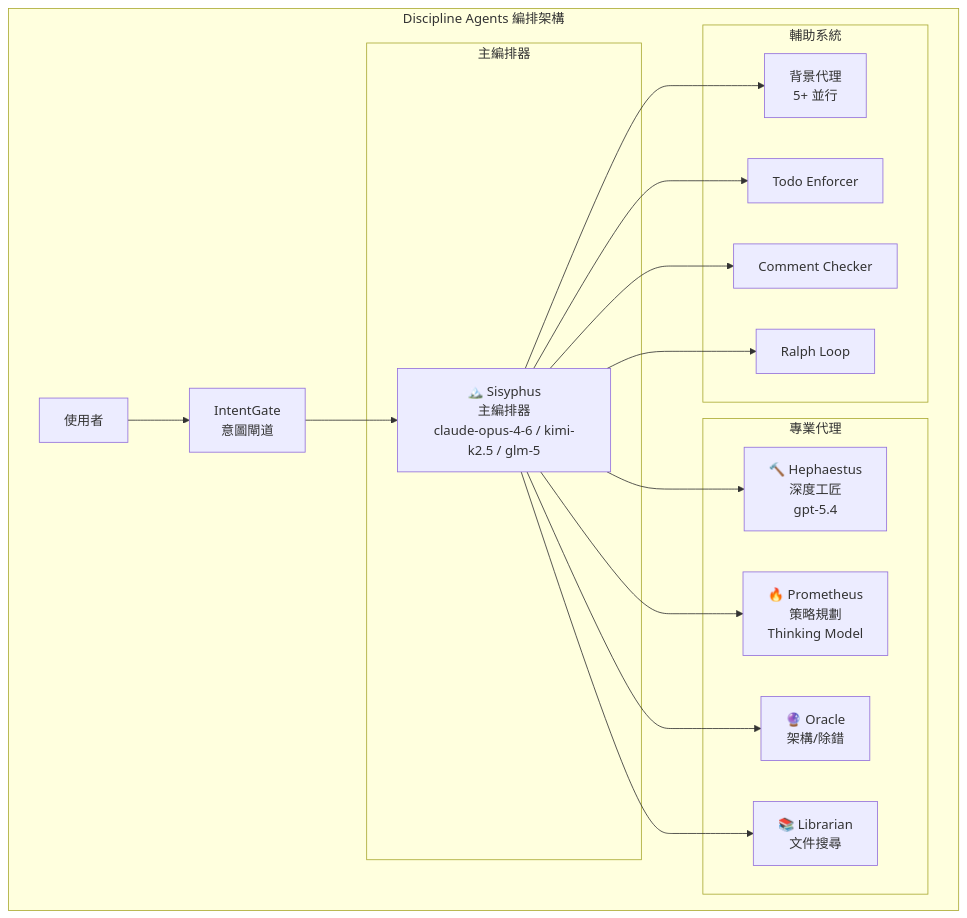
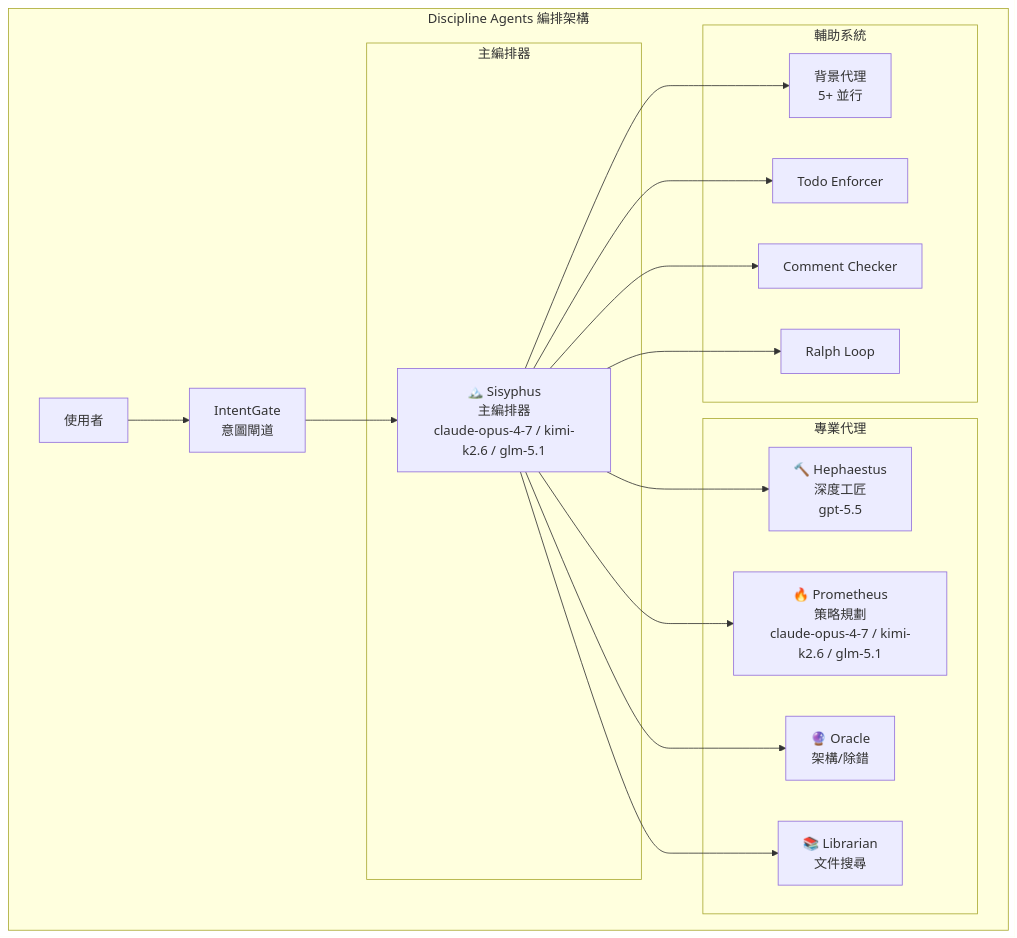
One commit to chihhung/Blog changed diagram 23 of 51 in content/posts/教學/AI開發/opencode生態系教學手冊.md. Above: the diagram before and after it, drawn with Mermaid. The commit also changed other lines of this file and 12 other files, not shown here.

````diff
--- a/content/posts/教學/AI開發/opencode生態系教學手冊.md
+++ b/content/posts/教學/AI開發/opencode生態系教學手冊.md
@@ -4828,36 +4856,36 @@
 ```mermaid
 graph TB
     subgraph "Discipline Agents 編排架構"
         User["使用者"]
         IG["IntentGate<br/>意圖閘道"]
 
         subgraph "主編排器"
-            Sisyphus["🏔️ Sisyphus<br/>主編排器<br/>claude-opus-4-6 / kimi-k2.5 / glm-5"]
+            Sisyphus["🏔️ Sisyphus<br/>主編排器<br/>claude-opus-4-7 / kimi-k2.6 / glm-5.1"]
         end
 
         subgraph "專業代理"
-            Hephaestus["🔨 Hephaestus<br/>深度工匠<br/>gpt-5.4"]
-            Prometheus["🔥 Prometheus<br/>策略規劃<br/>Thinking Model"]
+            Hephaestus["🔨 Hephaestus<br/>深度工匠<br/>gpt-5.5"]
+            Prometheus["🔥 Prometheus<br/>策略規劃<br/>claude-opus-4-7 / kimi-k2.6 / glm-5.1"]
             Oracle["🔮 Oracle<br/>架構/除錯"]
             Librarian["📚 Librarian<br/>文件搜尋"]
         end
 
         subgraph "輔助系統"
             BG["背景代理<br/>5+ 並行"]
             TODO["Todo Enforcer"]
             Comment["Comment Checker"]
             Ralph["Ralph Loop"]
         end
     end
 
     User --> IG
     IG --> Sisyphus
     Sisyphus --> Hephaestus
     Sisyphus --> Prometheus
     Sisyphus --> Oracle
     Sisyphus --> Librarian
     Sisyphus --> BG
     Sisyphus --> TODO
     Sisyphus --> Comment
     Sisyphus --> Ralph
 ```
````
